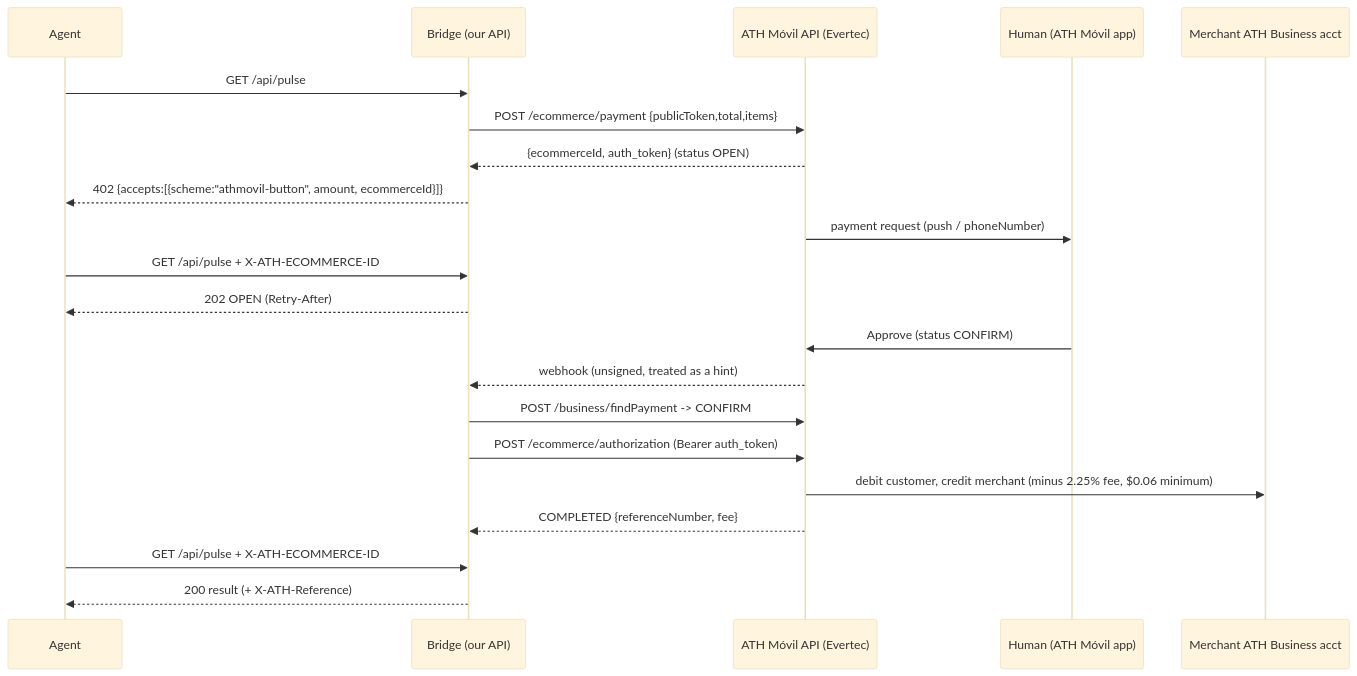
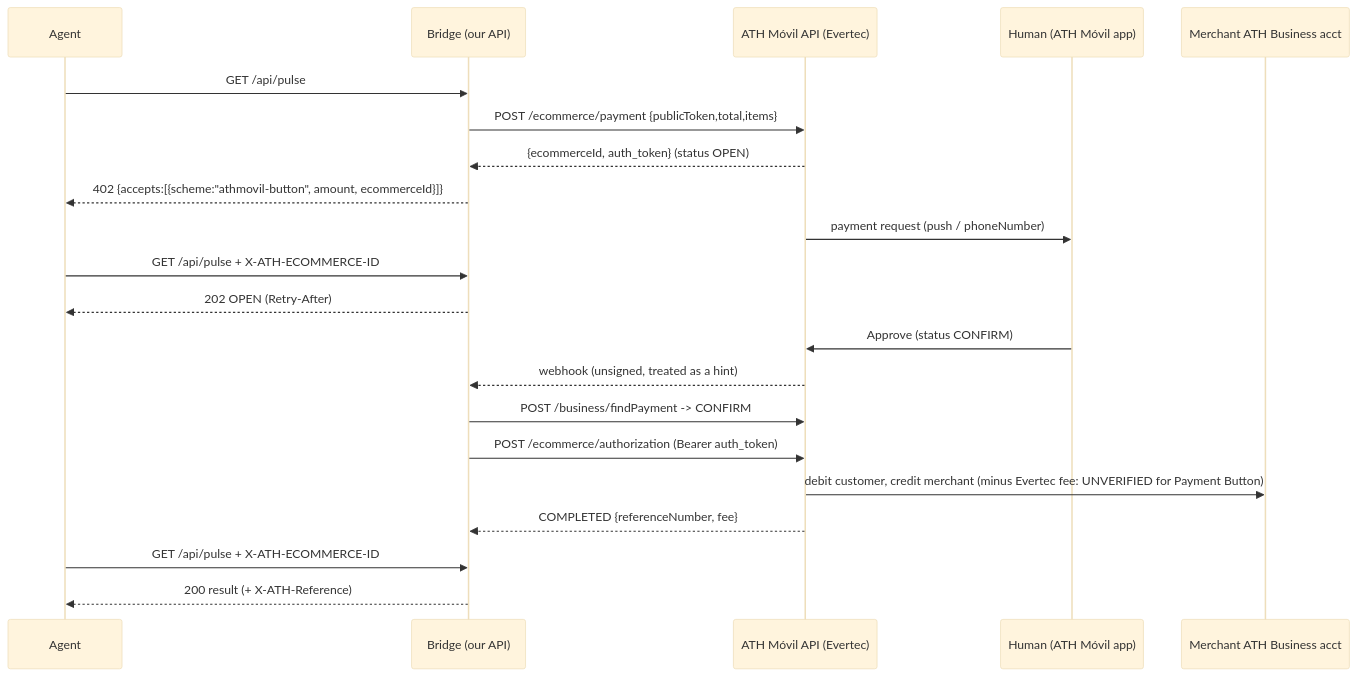
Before and after one commit to horizon-pulse/horizon-pulse: the diagram in spikes/ath-movil-bridge/README.md, drawn with Mermaid (base theme). The commit also changed other lines of this file and 2 other files, not shown here.

Commit message:
spike(ath-movil-bridge): fee marked UNVERIFIED for Payment Button (quotes + README fee example); mock fee configurable

````diff
--- a/spikes/ath-movil-bridge/README.md
+++ b/spikes/ath-movil-bridge/README.md
@@ -9,23 +9,23 @@
 ```mermaid
 sequenceDiagram
   participant A as Agent
   participant B as Bridge (our API)
   participant E as ATH Móvil API (Evertec)
   participant H as Human (ATH Móvil app)
   participant M as Merchant ATH Business acct
   A->>B: GET /api/pulse
   B->>E: POST /ecommerce/payment {publicToken,total,items}
   E-->>B: {ecommerceId, auth_token}  (status OPEN)
   B-->>A: 402 {accepts:[{scheme:"athmovil-button", amount, ecommerceId}]}
   E->>H: payment request (push / phoneNumber)
   A->>B: GET /api/pulse + X-ATH-ECOMMERCE-ID
   B-->>A: 202 OPEN (Retry-After)
   H->>E: Approve  (status CONFIRM)
   E-->>B: webhook (unsigned, treated as a hint)
   B->>E: POST /business/findPayment  -> CONFIRM
   B->>E: POST /ecommerce/authorization (Bearer auth_token)
-  E->>M: debit customer, credit merchant (minus 2.25% fee, $0.06 minimum)
+  E->>M: debit customer, credit merchant (minus Evertec fee: UNVERIFIED for Payment Button)
   E-->>B: COMPLETED {referenceNumber, fee}
   A->>B: GET /api/pulse + X-ATH-ECOMMERCE-ID
   B-->>A: 200 result (+ X-ATH-Reference)
 ```
````
